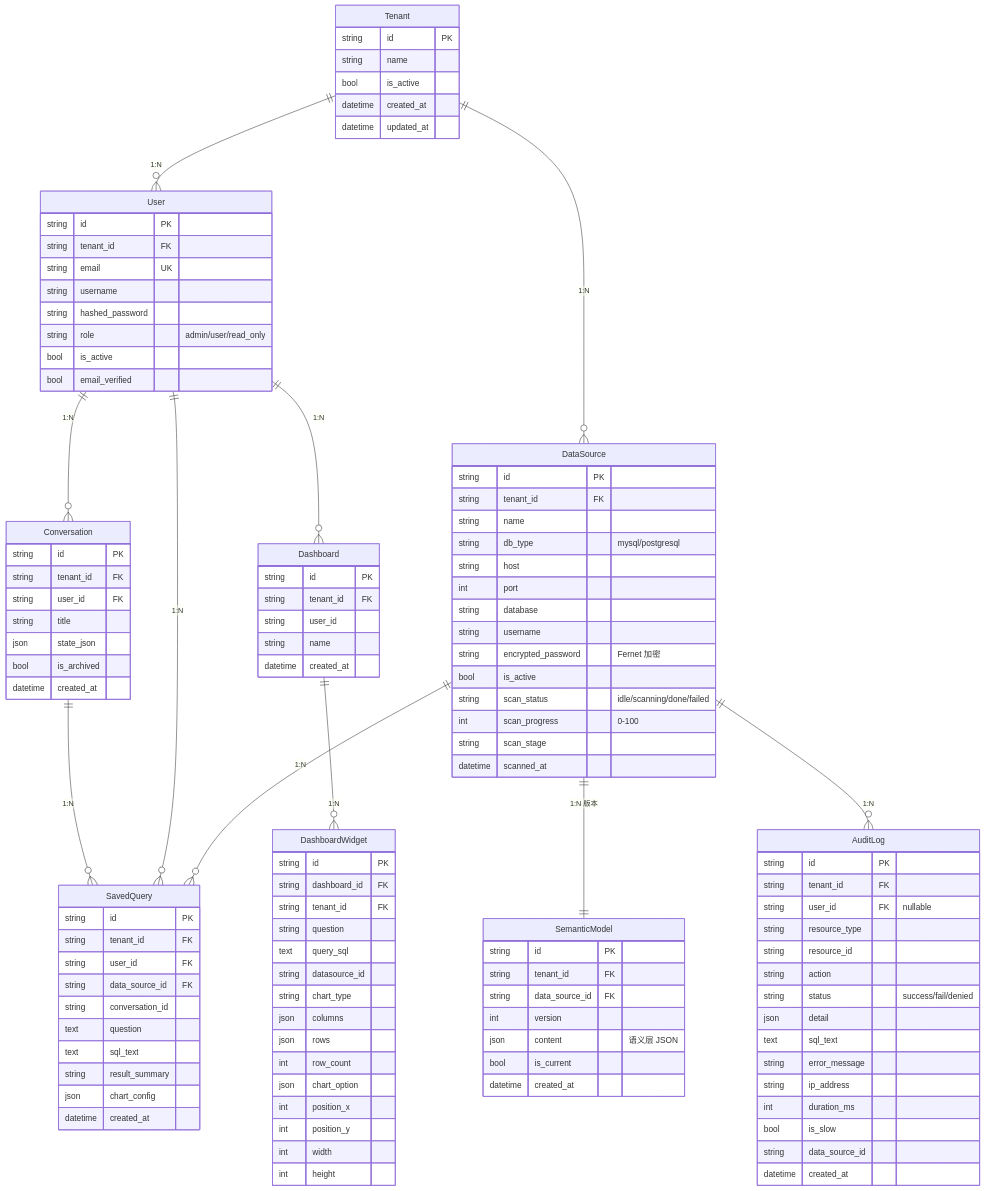
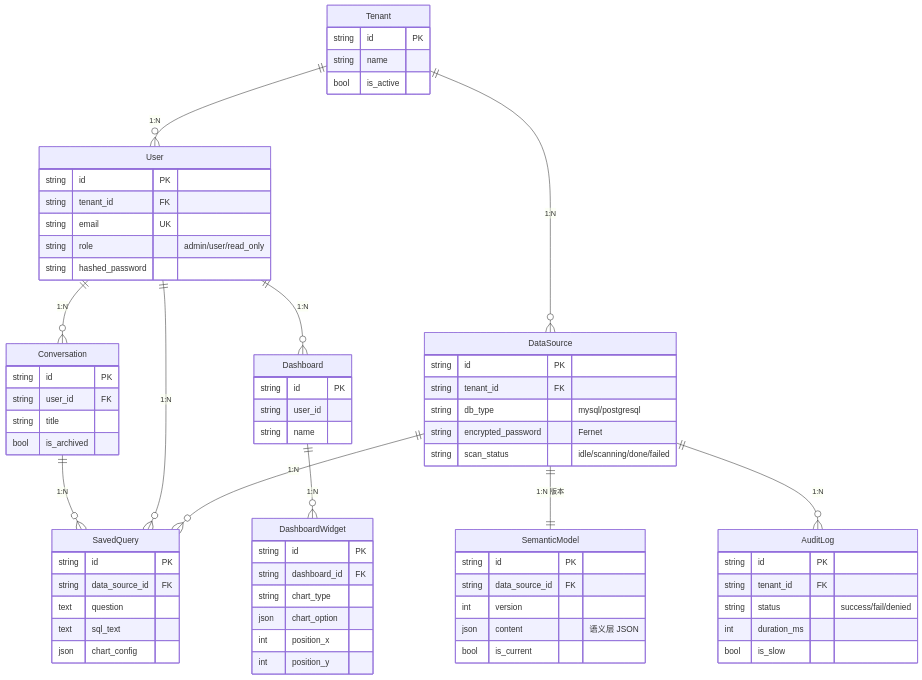
One commit to 996Code/chat-bi changed the ninth of 16 diagrams in doc/ChatBI v2 系统架构与学习指南.md. Above: the diagram before and after it, drawn with Mermaid. The commit also changed other lines of this file, not shown here.

First line of the commit message:
docs: 拆分大 Mermaid 图 + 强化衔接说明

````diff
--- a/doc/ChatBI v2 系统架构与学习指南.md
+++ b/doc/ChatBI v2 系统架构与学习指南.md
@@ -444,112 +368,67 @@
         string id PK
         string name
         bool is_active
-        datetime created_at
-        datetime updated_at
     }
 
     User {
         string id PK
         string tenant_id FK
         string email UK
-        string username
+        string role "admin/user/read_only"
         string hashed_password
-        string role "admin/user/read_only"
-        bool is_active
-        bool email_verified
     }
 
     DataSource {
         string id PK
         string tenant_id FK
-        string name
         string db_type "mysql/postgresql"
-        string host
-        int port
-        string database
-        string username
-        string encrypted_password "Fernet 加密"
-        bool is_active
+        string encrypted_password "Fernet"
         string scan_status "idle/scanning/done/failed"
-        int scan_progress "0-100"
-        string scan_stage
-        datetime scanned_at
     }
 
     SemanticModel {
         string id PK
-        string tenant_id FK
         string data_source_id FK
         int version
         json content "语义层 JSON"
         bool is_current
-        datetime created_at
     }
 
     Conversation {
         string id PK
-        string tenant_id FK
         string user_id FK
         string title
-        json state_json
         bool is_archived
-        datetime created_at
     }
 
     SavedQuery {
         string id PK
-        string tenant_id FK
-        string user_id FK
         string data_source_id FK
-        string conversation_id
         text question
         text sql_text
-        string result_summary
         json chart_config
-        datetime created_at
     }
 
     AuditLog {
         string id PK
         string tenant_id FK
-        string user_id FK "nullable"
-        string resource_type
-        string resource_id
-        string action
         string status "success/fail/denied"
-        json detail
-        text sql_text
-        string error_message
-        string ip_address
         int duration_ms
         bool is_slow
-        string data_source_id
-        datetime created_at
     }
 
     Dashboard {
         string id PK
-        string tenant_id FK
         string user_id
         string name
-        datetime created_at
     }
 
     DashboardWidget {
         string id PK
         string dashboard_id FK
-        string tenant_id FK
-        string question
-        text query_sql
-        string datasource_id
         string chart_type
-        json columns
-        json rows
-        int row_count
         json chart_option
         int position_x
         int position_y
-        int width
-        int height
     }
 ```
````
